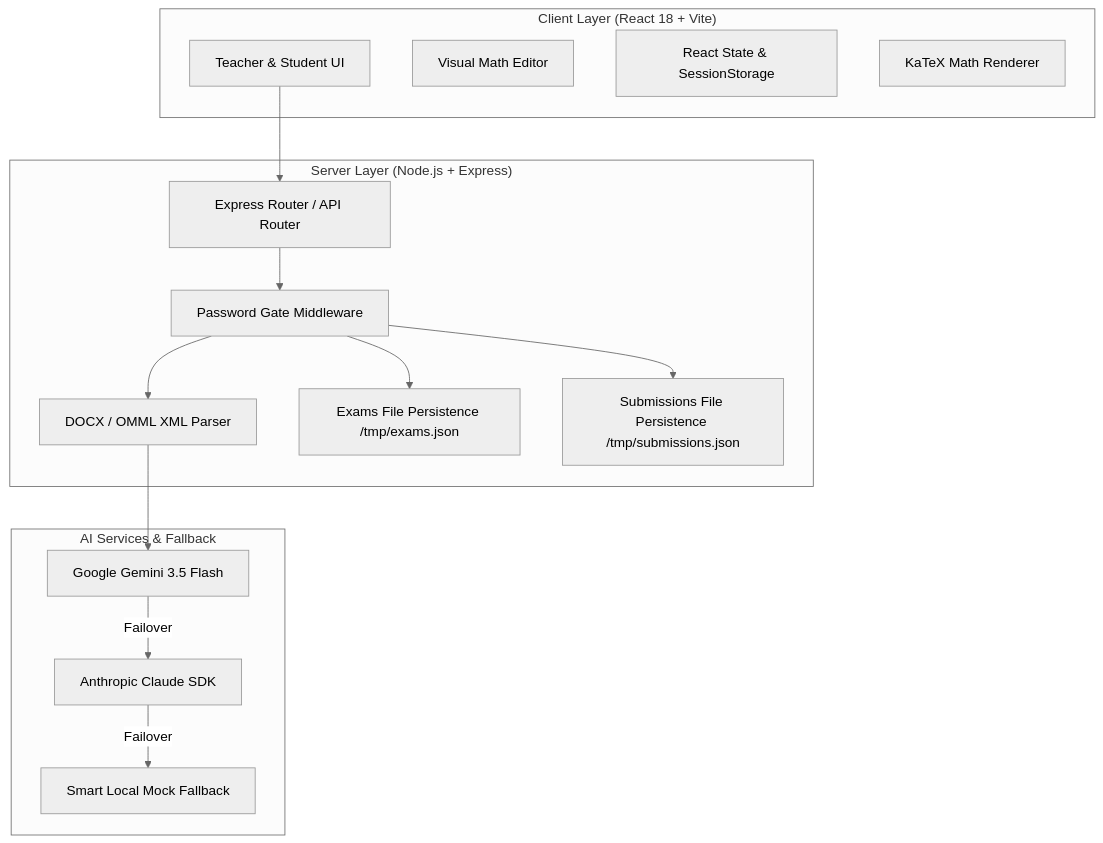
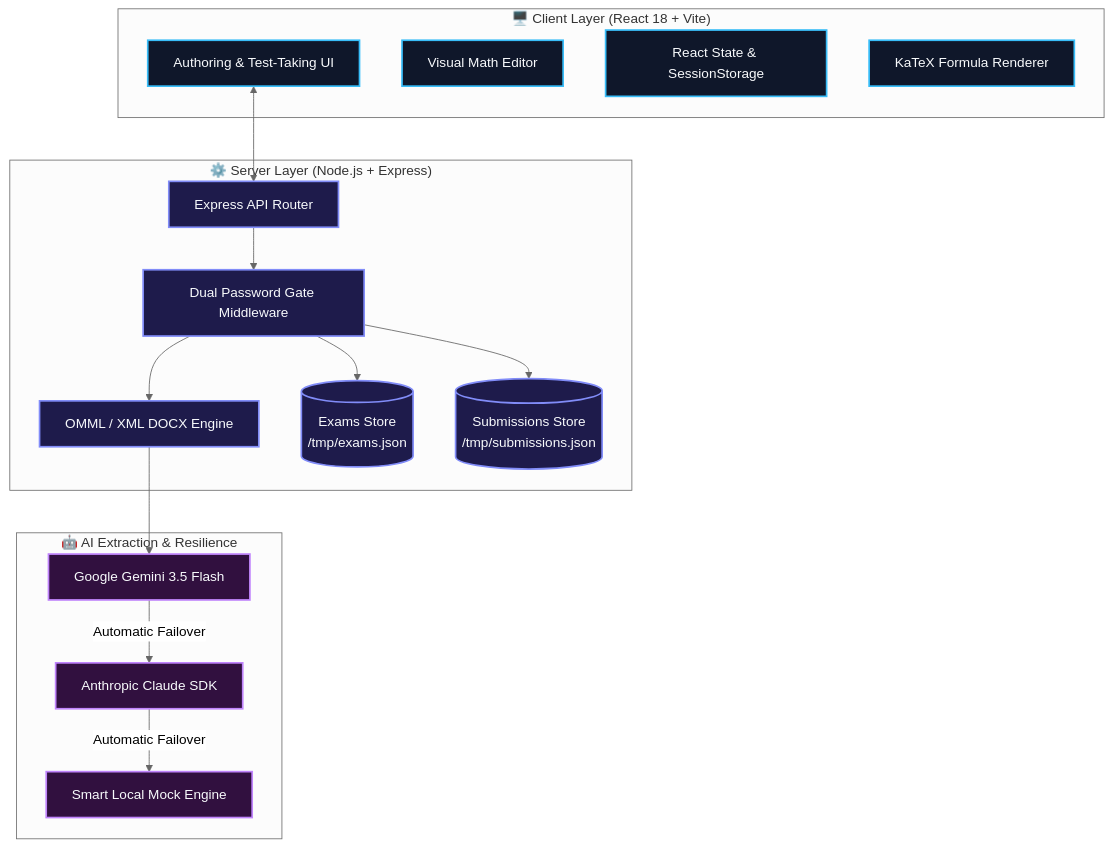
One commit to Sayanthegamer/dlp-testing changed the diagram in README.md. Above: the diagram before and after it, drawn with Mermaid (neutral theme). The commit also changed other lines of this file, not shown here.

Commit message:
docs: major README upgrade with badges, styled architecture, and collapsible API specs

````diff
--- a/README.md
+++ b/README.md
@@ -49,33 +69,38 @@
 ```mermaid
 flowchart TD
-    subgraph Client ["Client Layer (React 18 + Vite)"]
-        UI[Teacher & Student UI]
-        Editor[Visual Math Editor]
-        State[React State & SessionStorage]
-        Katex[KaTeX Math Renderer]
+    %% Custom Styling
+    classDef clientStyle fill:#0f172a,stroke:#38bdf8,stroke-width:2px,color:#f8fafc;
+    classDef serverStyle fill:#1e1b4b,stroke:#818cf8,stroke-width:2px,color:#f8fafc;
+    classDef aiStyle fill:#31103f,stroke:#c084fc,stroke-width:2px,color:#f8fafc;
+
+    subgraph Client ["🖥️ Client Layer (React 18 + Vite)"]
+        UI["Authoring & Test-Taking UI"]:::clientStyle
+        Editor["Visual Math Editor"]:::clientStyle
+        State["React State & SessionStorage"]:::clientStyle
+        Katex["KaTeX Formula Renderer"]:::clientStyle
     end
 
-    subgraph Backend ["Server Layer (Node.js + Express)"]
-        Router[Express Router / API Router]
-        AuthGate[Password Gate Middleware]
-        ParserService[DOCX / OMML XML Parser]
-        ExamsDB[Exams File Persistence /tmp/exams.json]
-        SubmissionsDB[Submissions File Persistence /tmp/submissions.json]
+    subgraph Backend ["⚙️ Server Layer (Node.js + Express)"]
+        Router["Express API Router"]:::serverStyle
+        AuthGate["Dual Password Gate Middleware"]:::serverStyle
+        ParserService["OMML / XML DOCX Engine"]:::serverStyle
+        ExamsDB[("Exams Store\n/tmp/exams.json")]:::serverStyle
+        SubmissionsDB[("Submissions Store\n/tmp/submissions.json")]:::serverStyle
     end
 
-    subgraph AI ["AI Services & Fallback"]
-        Gemini[Google Gemini 3.5 Flash]
-        Claude[Anthropic Claude SDK]
-        Fallback[Smart Local Mock Fallback]
+    subgraph AI ["🤖 AI Extraction & Resilience"]
+        Gemini["Google Gemini 3.5 Flash"]:::aiStyle
+        Claude["Anthropic Claude SDK"]:::aiStyle
+        Fallback["Smart Local Mock Engine"]:::aiStyle
     end
 
-    UI --> Router
+    UI <--> Router
     Router --> AuthGate
     AuthGate --> ParserService
     AuthGate --> ExamsDB
     AuthGate --> SubmissionsDB
 
     ParserService --> Gemini
-    Gemini -- Failover --> Claude
-    Claude -- Failover --> Fallback
+    Gemini -- Automatic Failover --> Claude
+    Claude -- Automatic Failover --> Fallback
 ```
````
